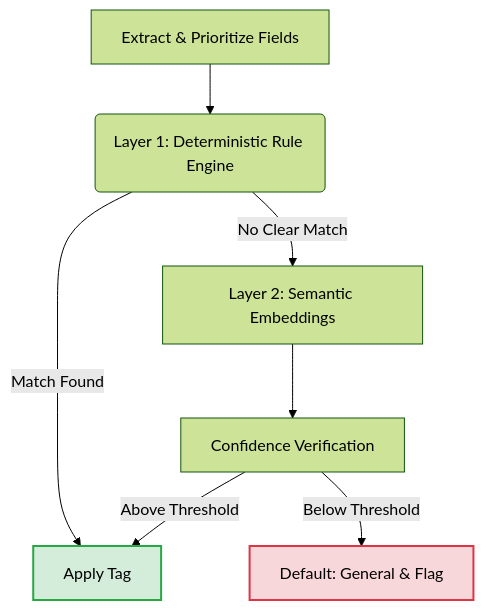
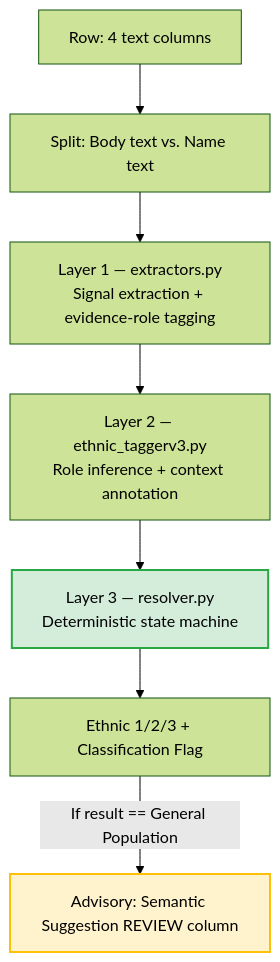
Before and after one commit to Djay23/ECF-Discretionary-FR-Scripting: the diagram in Documentation/DOC.md, drawn with Mermaid (forest theme). The commit also changed other lines of this file and 1 other file, not shown here.

````diff
--- a/Documentation/DOC.md
+++ b/Documentation/DOC.md
@@ -19,12 +27,12 @@
 ```mermaid
 graph TD
-A[Extract & Prioritize Fields] --> B(Layer 1: Deterministic Rule Engine)
-B -->|Match Found| C[Apply Tag]
-B -->|No Clear Match| D[Layer 2: Semantic Embeddings]
-D --> E[Confidence Verification]
-E -->|Below Threshold| F[Default: General & Flag]
-E -->|Above Threshold| C
+A[Row: 4 text columns] --> B[Split: Body text vs. Name text]
+B --> C[Layer 1 — extractors.py<br/>Signal extraction + evidence-role tagging]
+C --> D[Layer 2 — ethnic_taggerv3.py<br/>Role inference + context annotation]
+D --> E[Layer 3 — resolver.py<br/>Deterministic state machine]
+E --> F[Ethnic 1/2/3 + Classification Flag]
+F -->|If result == General Population| G[Advisory: Semantic Suggestion REVIEW column]
 
-style C fill:#d4edda,stroke:#28a745,stroke-width:2px
-style F fill:#f8d7da,stroke:#dc3545,stroke-width:2px
+style E fill:#d4edda,stroke:#28a745,stroke-width:2px
+style G fill:#fff3cd,stroke:#ffc107,stroke-width:2px
 ```
````
